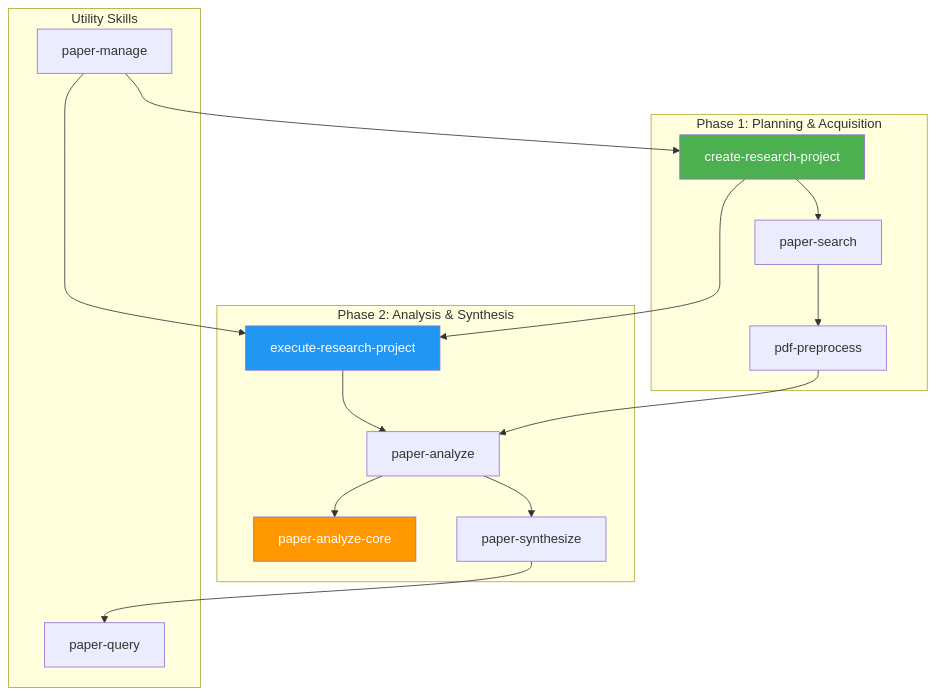
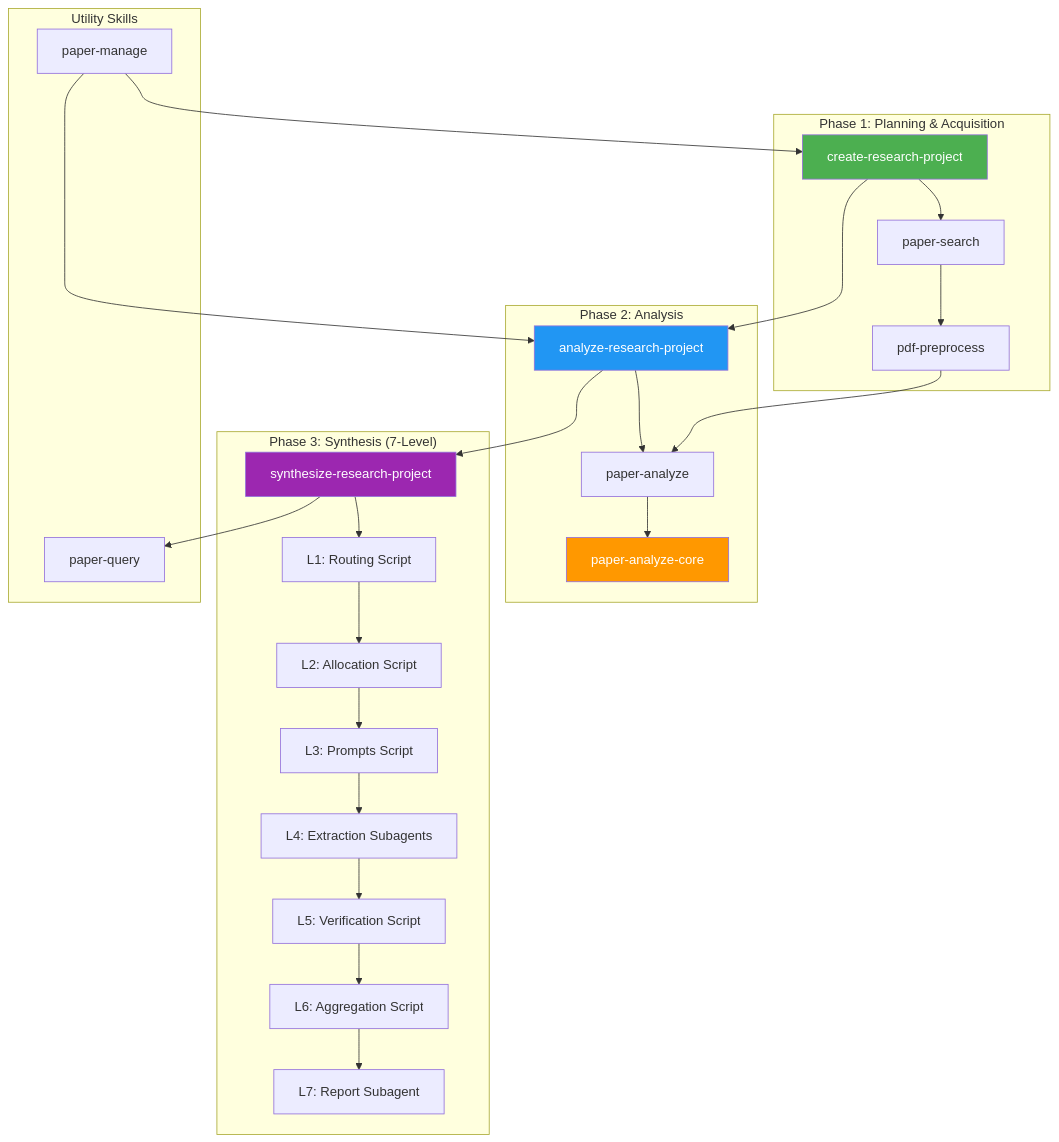
One commit to DorianSchlede/nexus-template changed the first of 11 diagrams in 00-system/documentation/research-algorithm-en.md. Above: the diagram before and after it, drawn with Mermaid. The commit also changed other lines of this file and 784 other files, not shown here.

````diff
--- a/00-system/documentation/research-algorithm-en.md
+++ b/00-system/documentation/research-algorithm-en.md
@@ -15,28 +15,42 @@
 ```mermaid
 graph TB
     subgraph "Phase 1: Planning & Acquisition"
         CRP[create-research-project] --> PS[paper-search]
         PS --> PP[pdf-preprocess]
     end
 
-    subgraph "Phase 2: Analysis & Synthesis"
-        ERP[execute-research-project] --> PA[paper-analyze]
+    subgraph "Phase 2: Analysis"
+        ARP[analyze-research-project] --> PA[paper-analyze]
         PA --> PAC[paper-analyze-core]
-        PA --> PSY[paper-synthesize]
+    end
+
+    subgraph "Phase 3: Synthesis (7-Level)"
+        SRP[synthesize-research-project]
+        L1[L1: Routing Script]
+        L2[L2: Allocation Script]
+        L3[L3: Prompts Script]
+        L4[L4: Extraction Subagents]
+        L5[L5: Verification Script]
+        L6[L6: Aggregation Script]
+        L7[L7: Report Subagent]
+
+        SRP --> L1 --> L2 --> L3 --> L4 --> L5 --> L6 --> L7
     end
 
     subgraph "Utility Skills"
         PQ[paper-query]
         PM[paper-manage]
     end
 
-    CRP --> ERP
+    CRP --> ARP
     PP --> PA
-    PSY --> PQ
+    ARP --> SRP
+    SRP --> PQ
     PM --> CRP
-    PM --> ERP
+    PM --> ARP
 
     style CRP fill:#4CAF50,color:white
-    style ERP fill:#2196F3,color:white
+    style ARP fill:#2196F3,color:white
+    style SRP fill:#9C27B0,color:white
     style PAC fill:#FF9800,color:white
 ```
````
